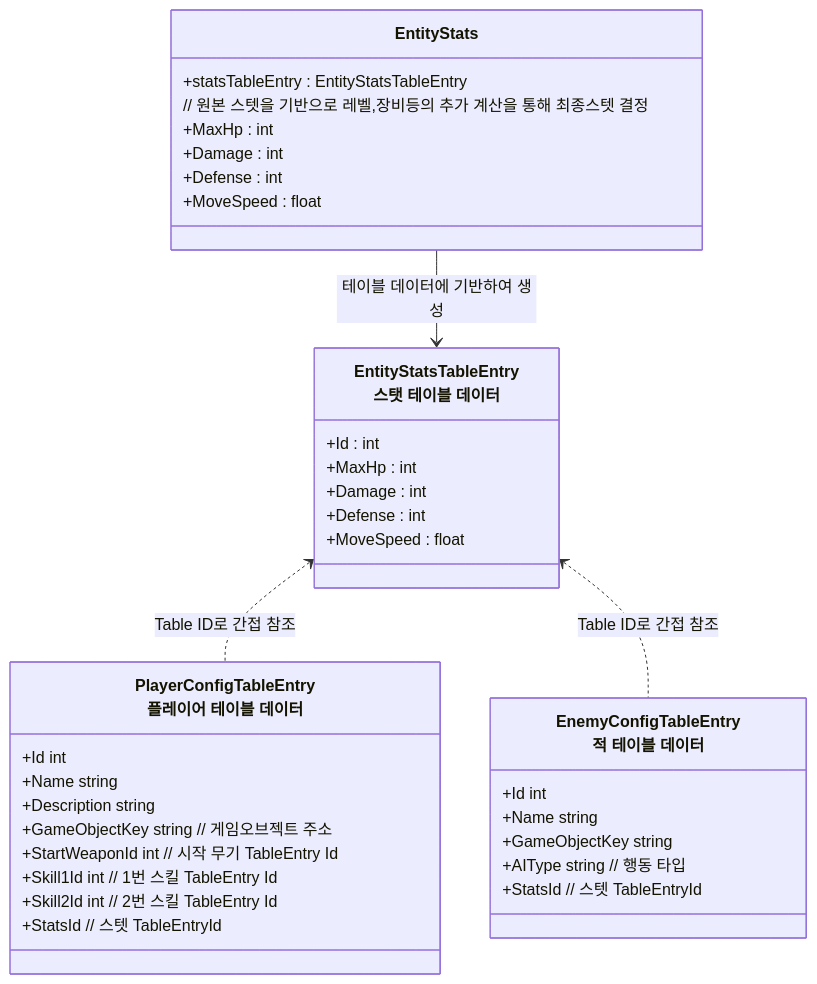
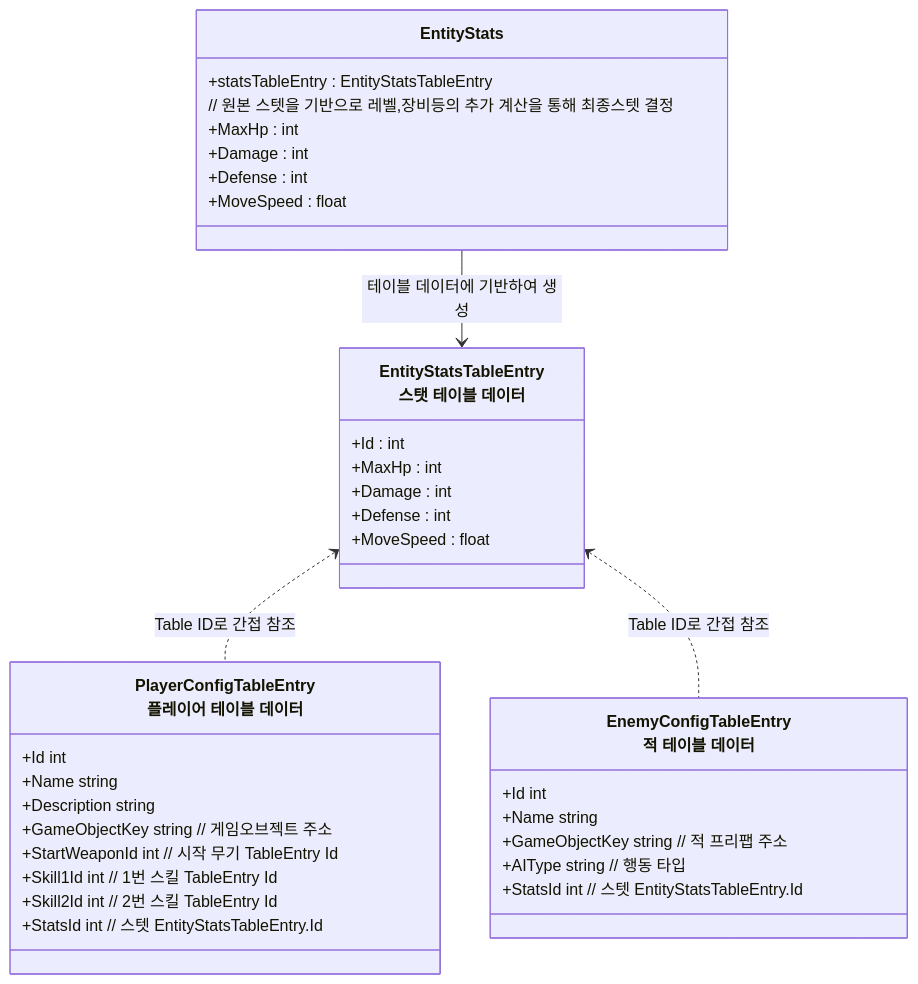
One commit to JIN5EOK/DungeonShooter changed the sixth of 6 diagrams in README/Entity_설계.md. Above: the diagram before and after it, drawn with Mermaid. The commit also changed 11 other files, not shown here.

````diff
--- a/README/Entity_설계.md
+++ b/README/Entity_설계.md
@@ -81,42 +81,42 @@
 ```mermaid
 classDiagram
     
     class EntityStats{
         +statsTableEntry : EntityStatsTableEntry
         // 원본 스텟을 기반으로 레벨,장비등의 추가 계산을 통해 최종스텟 결정
         +MaxHp : int
         +Damage : int
         +Defense : int
         +MoveSpeed : float
     }
     class EntityStatsTableEntry["EntityStatsTableEntry<br>스탯 테이블 데이터"]{
         +Id : int
         +MaxHp : int
         +Damage : int
         +Defense : int
         +MoveSpeed : float
     }
 
     class PlayerConfigTableEntry["PlayerConfigTableEntry<br>플레이어 테이블 데이터"]{
         +Id int
         +Name string
         +Description string
         +GameObjectKey string // 게임오브젝트 주소
         +StartWeaponId int // 시작 무기 TableEntry Id
         +Skill1Id int // 1번 스킬 TableEntry Id
         +Skill2Id int // 2번 스킬 TableEntry Id
-        +StatsId // 스텟 TableEntryId
+        +StatsId int // 스텟 EntityStatsTableEntry.Id
     }
     
     class EnemyConfigTableEntry["EnemyConfigTableEntry<br>적 테이블 데이터"]{
         +Id int
         +Name string
-        +GameObjectKey string
+        +GameObjectKey string // 적 프리팹 주소
         +AIType string // 행동 타입
-        +StatsId // 스텟 TableEntryId
+        +StatsId int // 스텟 EntityStatsTableEntry.Id
     }
 
     EntityStats --> EntityStatsTableEntry  : 테이블 데이터에 기반하여 생성
     EntityStatsTableEntry <.. PlayerConfigTableEntry : Table ID로 간접 참조
     EntityStatsTableEntry <.. EnemyConfigTableEntry : Table ID로 간접 참조
 ```
````
